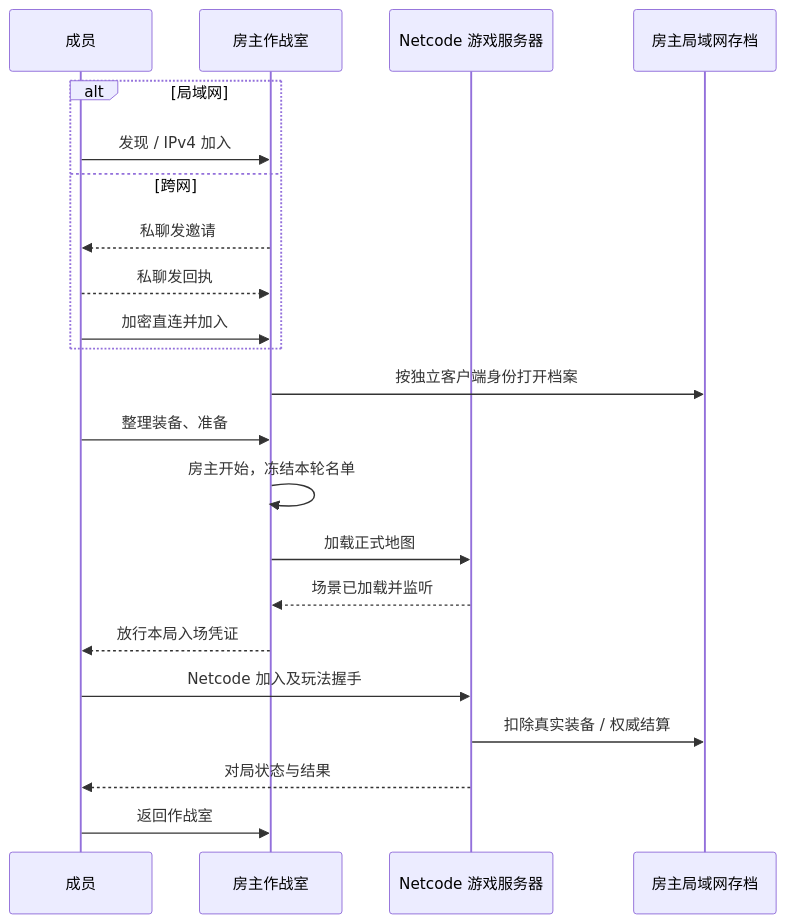
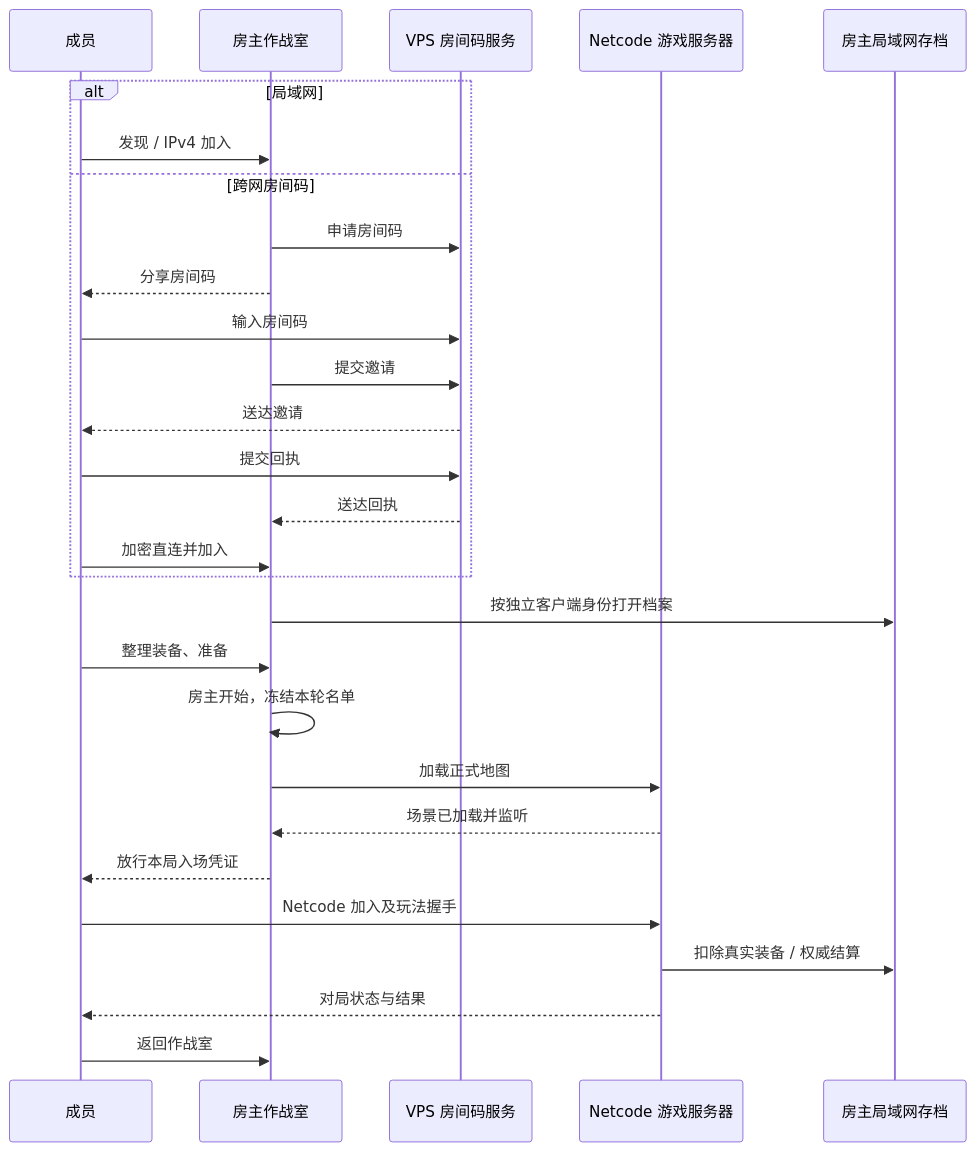
Before and after one commit to MorrowHome/Moonkov: the diagram in Docs/LanRooms.md, drawn with Mermaid. The commit also changed other lines of this file and 13 other files, not shown here.

````diff
--- a/Docs/LanRooms.md
+++ b/Docs/LanRooms.md
@@ -40,24 +40,30 @@
 ```mermaid
 sequenceDiagram
     participant C as 成员
     participant R as 房主作战室
+    participant V as VPS 房间码服务
     participant G as Netcode 游戏服务器
     participant S as 房主局域网存档
     alt 局域网
         C->>R: 发现 / IPv4 加入
-    else 跨网
-        R-->>C: 私聊发邀请
-        C-->>R: 私聊发回执
+    else 跨网房间码
+        R->>V: 申请房间码
+        R-->>C: 分享房间码
+        C->>V: 输入房间码
+        R->>V: 提交邀请
+        V-->>C: 送达邀请
+        C->>V: 提交回执
+        V-->>R: 送达回执
         C->>R: 加密直连并加入
     end
     R->>S: 按独立客户端身份打开档案
     C->>R: 整理装备、准备
     R->>R: 房主开始，冻结本轮名单
     R->>G: 加载正式地图
     G-->>R: 场景已加载并监听
     R-->>C: 放行本局入场凭证
     C->>G: Netcode 加入及玩法握手
     G->>S: 扣除真实装备 / 权威结算
     G-->>C: 对局状态与结果
     C->>R: 返回作战室
 ```
````
